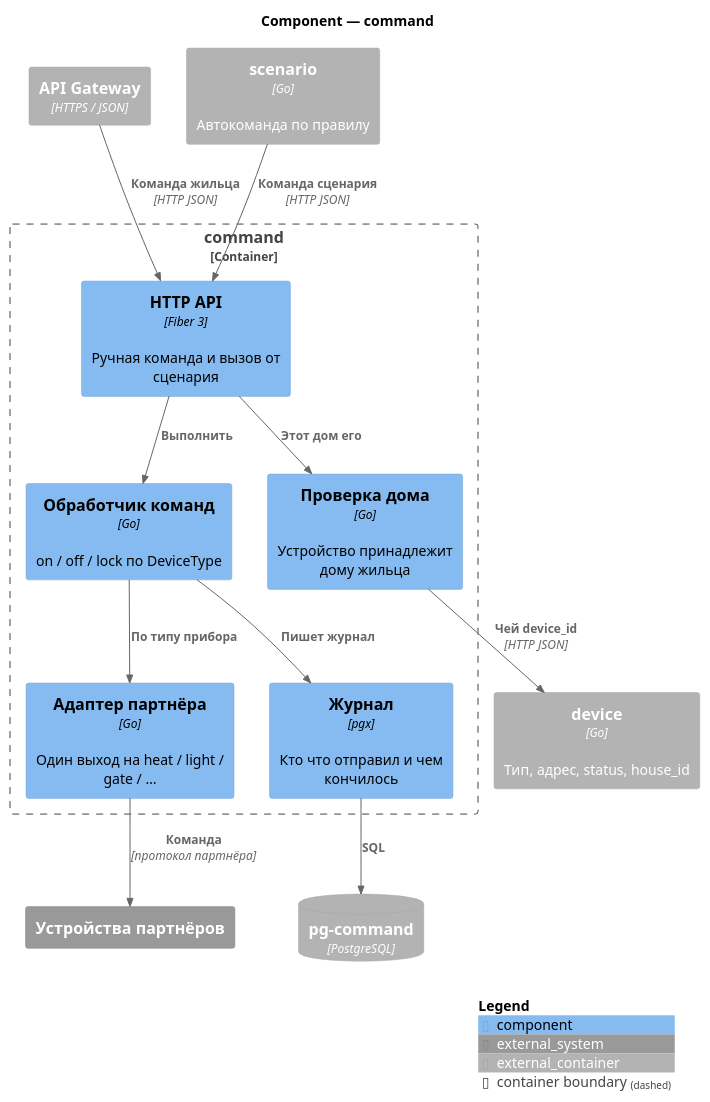
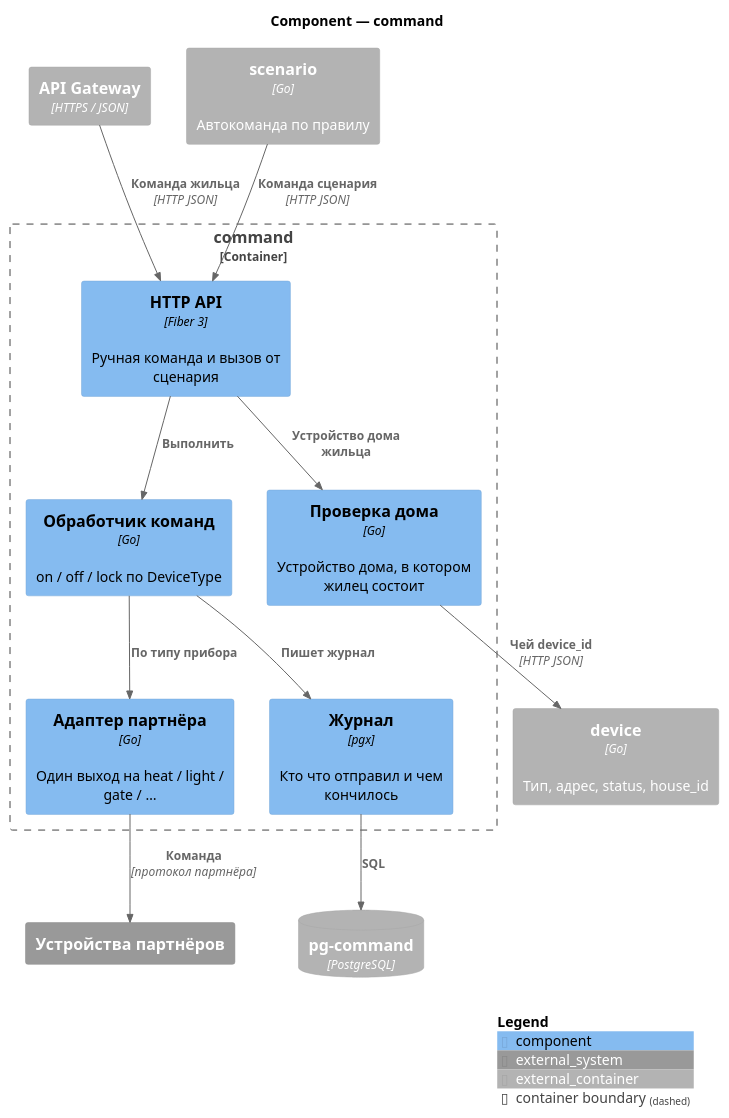
One commit to Dima-Karpov/architecture-pro-warmhouse changed the diagram in docs/c4/02-component-command.puml. Above: the diagram before and after it, drawn with PlantUML. The commit also changed 13 other files, not shown here.

```diff
--- a/docs/c4/02-component-command.puml
+++ b/docs/c4/02-component-command.puml
@@ -1,31 +1,31 @@
 @startuml
 !include https://raw.githubusercontent.com/plantuml-stdlib/C4-PlantUML/master/C4_Component.puml
 
 title Component — command
 
 Container_Boundary(command, "command") {
     Component(api, "HTTP API", "Fiber 3", "Ручная команда и вызов от сценария")
     Component(handler, "Обработчик команд", "Go", "on / off / lock по DeviceType")
-    Component(acl, "Проверка дома", "Go", "Устройство принадлежит дому жильца")
+    Component(acl, "Проверка дома", "Go", "Устройство дома, в котором жилец состоит")
     Component(adapter, "Адаптер партнёра", "Go", "Один выход на heat / light / gate / …")
     Component(repo, "Журнал", "pgx", "Кто что отправил и чем кончилось")
 }
 
 ContainerDb_Ext(db, "pg-command", "PostgreSQL")
 Container_Ext(gw, "API Gateway", "HTTPS / JSON")
 Container_Ext(device, "device", "Go", "Тип, адрес, status, house_id")
 Container_Ext(scenario, "scenario", "Go", "Автокоманда по правилу")
 System_Ext(partner, "Устройства партнёров")
 
 Rel(gw, api, "Команда жильца", "HTTP JSON")
 Rel(scenario, api, "Команда сценария", "HTTP JSON")
-Rel(api, acl, "Этот дом его")
+Rel(api, acl, "Устройство дома жильца")
 Rel(acl, device, "Чей device_id", "HTTP JSON")
 Rel(api, handler, "Выполнить")
 Rel(handler, adapter, "По типу прибора")
 Rel(adapter, partner, "Команда", "протокол партнёра")
 Rel(handler, repo, "Пишет журнал")
 Rel(repo, db, "SQL")
 
 SHOW_LEGEND()
 @enduml
```
